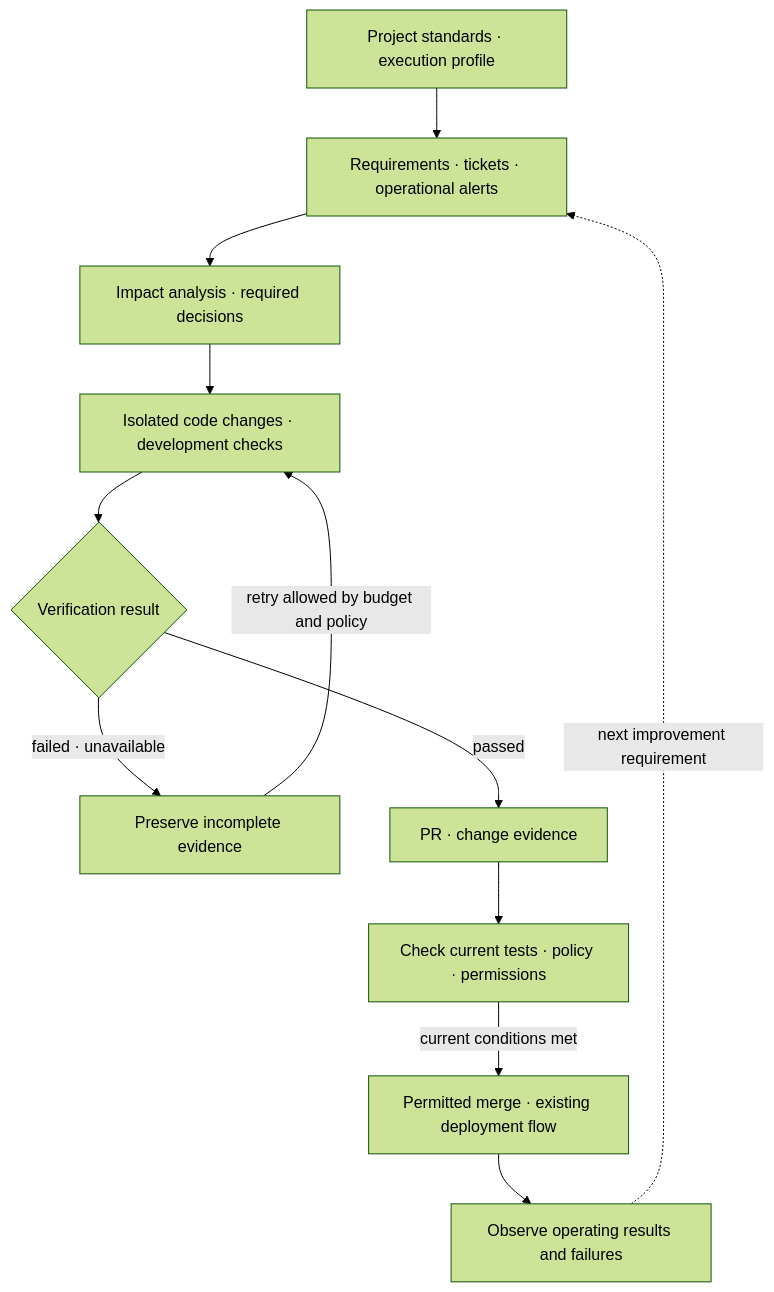
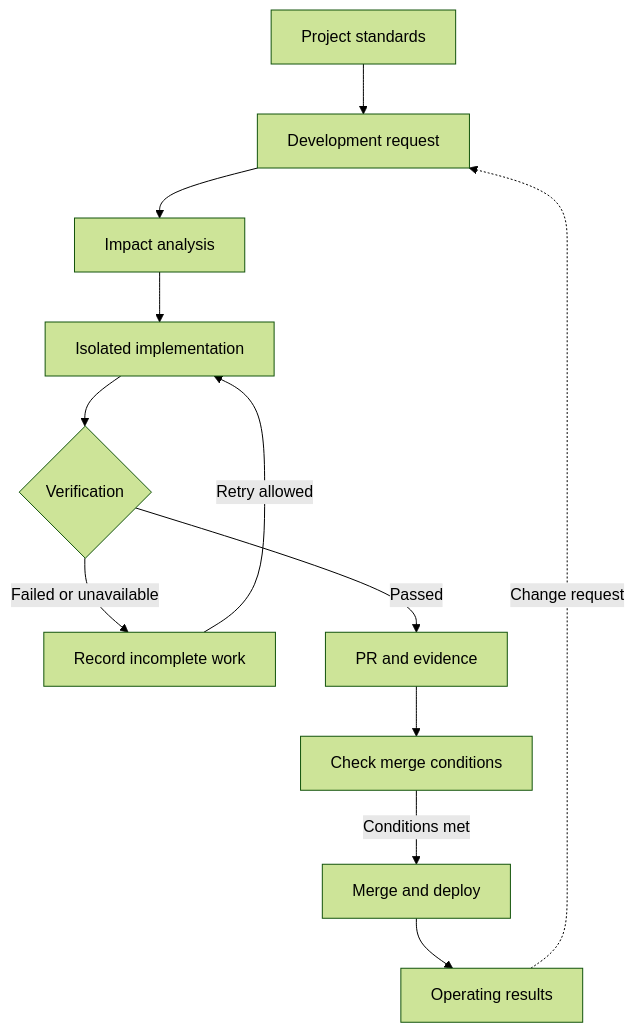
The third of 9 diagrams in _en/2026-11-05-enterprise-wide-ax-essentials.md (haandol/haandol.github.com), drawn with Mermaid (forest theme) before and after one commit. The commit also changed other lines of this file and 1 other file, not shown here.

Commit message:
docs: connect DDD knowledge and execution review loops

````diff
--- a/_en/2026-11-05-enterprise-wide-ax-essentials.md
+++ b/_en/2026-11-05-enterprise-wide-ax-essentials.md
@@ -157,14 +157,14 @@
 ```mermaid
 flowchart TB
-  B["Project standards · execution profile"] --> R["Requirements · tickets · operational alerts"]
-  R --> A["Impact analysis · required decisions"]
-  A --> C["Isolated code changes · development checks"]
-  C --> V{"Verification result"}
-  V -->|"failed · unavailable"| F["Preserve incomplete evidence"]
-  F -->|"retry allowed by budget and policy"| C
-  V -->|"passed"| P["PR · change evidence"]
-  P --> G["Check current tests · policy · permissions"]
-  G -->|"current conditions met"| D["Permitted merge · existing deployment flow"]
-  D --> O["Observe operating results and failures"]
-  O -.->|"next improvement requirement"| R
+  B["Project standards"] --> R["Development request"]
+  R --> A["Impact analysis"]
+  A --> C["Isolated implementation"]
+  C --> V{"Verification"}
+  V -->|"Failed or unavailable"| F["Record incomplete work"]
+  F -->|"Retry allowed"| C
+  V -->|"Passed"| P["PR and evidence"]
+  P --> G["Check merge conditions"]
+  G -->|"Conditions met"| D["Merge and deploy"]
+  D --> O["Operating results"]
+  O -.->|"Change request"| R
 ```
````
